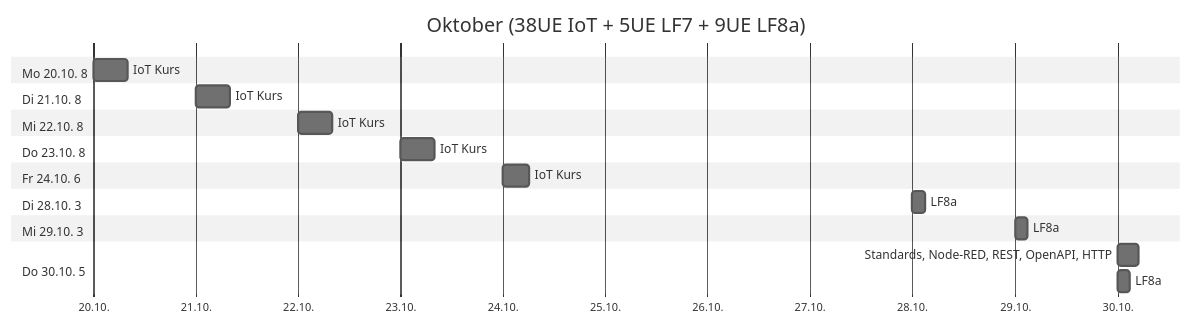
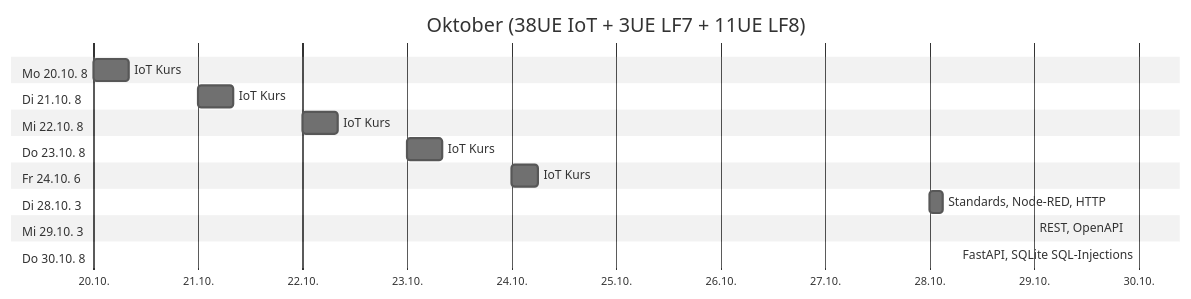
One commit to jonasnemeth/LF7 changed the second of 6 diagrams in src/plan.md. Above: the diagram before and after it, drawn with Mermaid (neutral theme). The commit also changed other lines of this file, not shown here.

````diff
--- a/src/plan.md
+++ b/src/plan.md
@@ -23,23 +23,22 @@
 ```mermaid
 gantt
- title Oktober (38UE IoT + 5UE LF7 + 9UE LF8a)
+ title Oktober (38UE IoT + 3UE LF7 + 11UE LF8)
  dateFormat YYYY-MM-DD
  axisFormat %d.%m.
  section Mo 20.10. 8
   IoT Kurs                    :2025-10-20, 8h
  section Di 21.10. 8
   IoT Kurs                    :2025-10-21, 8h
  section Mi 22.10. 8
   IoT Kurs                    :2025-10-22, 8h
  section Do 23.10. 8
   IoT Kurs                    :2025-10-23, 8h
  section Fr 24.10. 6
   IoT Kurs                    :2025-10-24, 6h
  section Di 28.10. 3
-  LF8a                        :2025-10-28, 3h
+  Standards, Node-RED, HTTP   :2025-10-28, 3h
  section Mi 29.10. 3
-  LF8a                        :2025-10-29, 3h
- section Do 30.10. 5
-  Standards, Node-RED, REST, OpenAPI, HTTP  :2025-10-30, 5h
-  LF8a                        :2025-10-30, 3h
+  REST, OpenAPI               :2025-10-29, 3h  <!--LF8-->
+ section Do 30.10. 8
+  FastAPI, SQLite SQL-Injections     :2025-10-30, 8h  <!--LF8b-->
 ```
````
